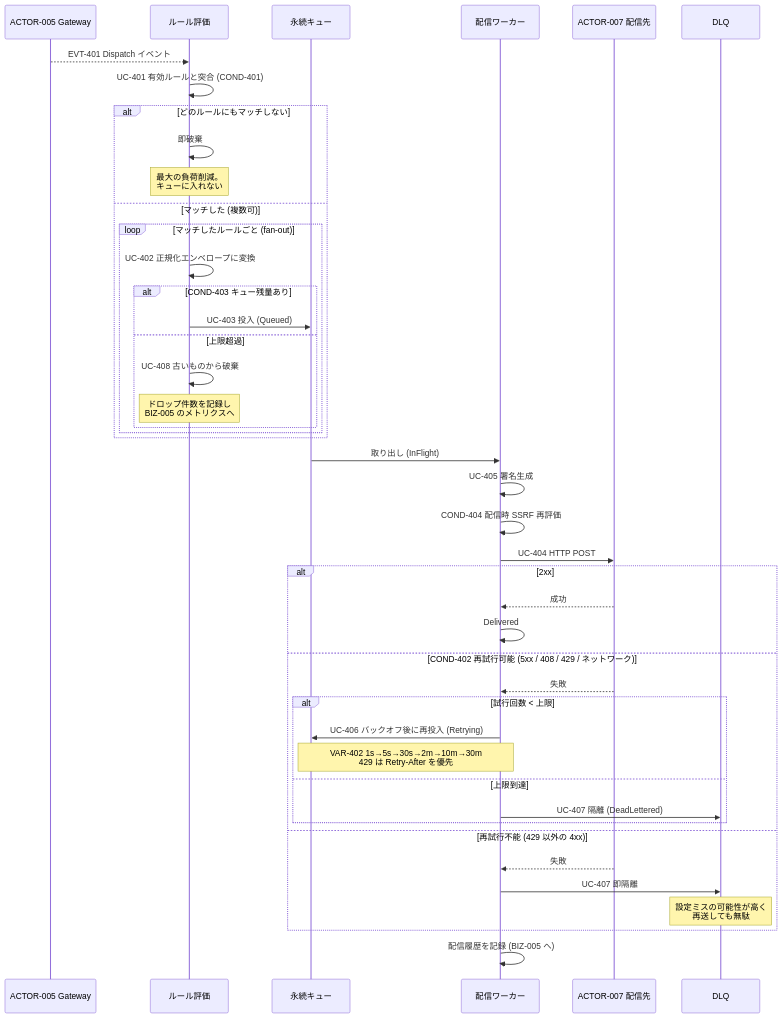
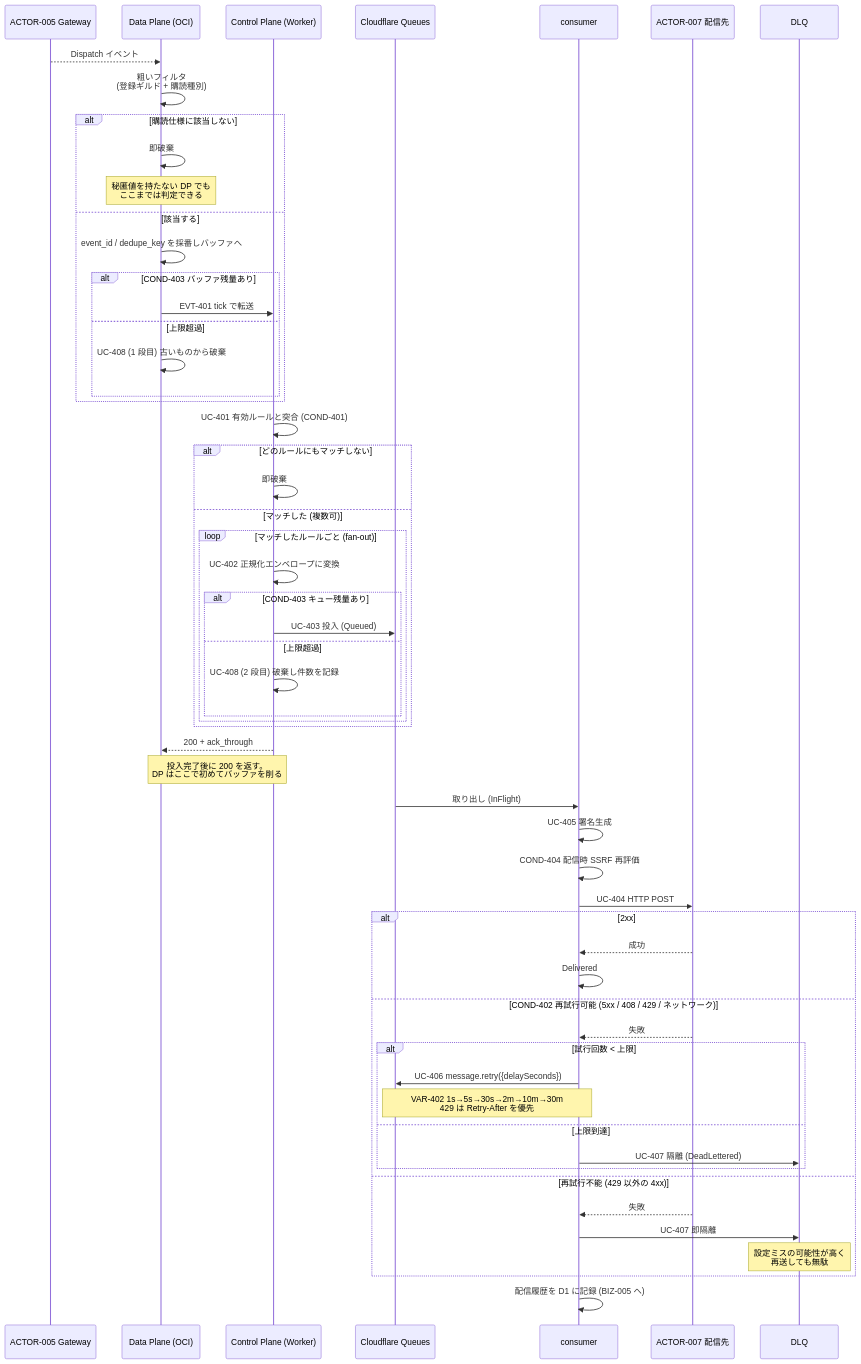
The first of 2 diagrams in docs/rdra/discord-relay/contexts/event-delivery.md (gdg-jp/gdgjp), drawn with Mermaid before and after one commit. The commit also changed other lines of this file and 6 other files, not shown here.

````diff
--- a/docs/rdra/discord-relay/contexts/event-delivery.md
+++ b/docs/rdra/discord-relay/contexts/event-delivery.md
@@ -162,51 +193,66 @@
 ```mermaid
 sequenceDiagram
     participant GW as ACTOR-005 Gateway
-    participant EV as ルール評価
-    participant Q as 永続キュー
-    participant W as 配信ワーカー
+    participant DP as Data Plane (OCI)
+    participant CP as Control Plane (Worker)
+    participant Q as Cloudflare Queues
+    participant W as consumer
     participant EP as ACTOR-007 配信先
     participant DLQ as DLQ
 
-    GW-->>EV: EVT-401 Dispatch イベント
-    EV->>EV: UC-401 有効ルールと突合 (COND-401)
+    GW-->>DP: Dispatch イベント
+    DP->>DP: 粗いフィルタ<br/>(登録ギルド + 購読種別)
+
+    alt 購読仕様に該当しない
+        DP->>DP: 即破棄
+        Note over DP: 秘匿値を持たない DP でも<br/>ここまでは判定できる
+    else 該当する
+        DP->>DP: event_id / dedupe_key を採番しバッファへ
+        alt COND-403 バッファ残量あり
+            DP->>CP: EVT-401 tick で転送
+        else 上限超過
+            DP->>DP: UC-408 (1 段目) 古いものから破棄
+        end
+    end
+
+    CP->>CP: UC-401 有効ルールと突合 (COND-401)
 
     alt どのルールにもマッチしない
-        EV->>EV: 即破棄
-        Note over EV: 最大の負荷削減。<br/>キューに入れない
+        CP->>CP: 即破棄
     else マッチした (複数可)
         loop マッチしたルールごと (fan-out)
-            EV->>EV: UC-402 正規化エンベロープに変換
+            CP->>CP: UC-402 正規化エンベロープに変換
             alt COND-403 キュー残量あり
-                EV->>Q: UC-403 投入 (Queued)
+                CP->>Q: UC-403 投入 (Queued)
             else 上限超過
-                EV->>EV: UC-408 古いものから破棄
-                Note over EV: ドロップ件数を記録し<br/>BIZ-005 のメトリクスへ
+                CP->>CP: UC-408 (2 段目) 破棄し件数を記録
             end
         end
     end
+    CP-->>DP: 200 + ack_through
+    Note over DP,CP: 投入完了後に 200 を返す。<br/>DP はここで初めてバッファを削る
 
     Q->>W: 取り出し (InFlight)
     W->>W: UC-405 署名生成
     W->>W: COND-404 配信時 SSRF 再評価
     W->>EP: UC-404 HTTP POST
 
     alt 2xx
         EP-->>W: 成功
         W->>W: Delivered
     else COND-402 再試行可能 (5xx / 408 / 429 / ネットワーク)
         EP-->>W: 失敗
         alt 試行回数 < 上限
-            W->>Q: UC-406 バックオフ後に再投入 (Retrying)
+            W->>Q: UC-406 message.retry({delaySeconds})
             Note over W,Q: VAR-402 1s→5s→30s→2m→10m→30m<br/>429 は Retry-After を優先
         else 上限到達
             W->>DLQ: UC-407 隔離 (DeadLettered)
         end
     else 再試行不能 (429 以外の 4xx)
         EP-->>W: 失敗
         W->>DLQ: UC-407 即隔離
         Note over DLQ: 設定ミスの可能性が高く<br/>再送しても無駄
     end
 
-    W->>W: 配信履歴を記録 (BIZ-005 へ)
+    W->>W: 配信履歴を D1 に記録 (BIZ-005 へ)
 ```
````
